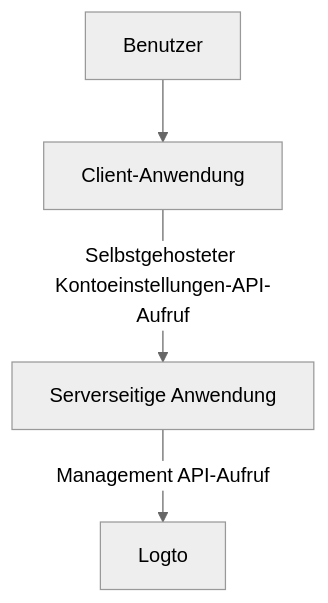
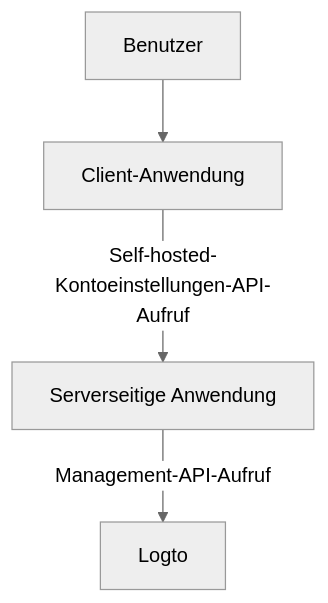
Before and after one commit to logto-io/docs: the first of 3 diagrams in i18n/de/docusaurus-plugin-content-docs/current/end-user-flows/account-settings/by-management-api.mdx, drawn with Mermaid (neutral theme). The commit also changed other lines of this file and 162 other files, not shown here.

````diff
--- a/i18n/de/docusaurus-plugin-content-docs/current/end-user-flows/account-settings/by-management-api.mdx
+++ b/i18n/de/docusaurus-plugin-content-docs/current/end-user-flows/account-settings/by-management-api.mdx
@@ -13,6 +13,7 @@
 ```mermaid
   graph TB
-    A[Benutzer] --> B[Client-Anwendung]
-    B -->|Selbstgehosteter Kontoeinstellungen-API-Aufruf|C[Serverseitige Anwendung]
-    C -->|Management API-Aufruf| D[Logto]
+    A[Benutzer]
+    --> B[Client-Anwendung]
+    B -->|Self-hosted-Kontoeinstellungen-API-Aufruf|C[Serverseitige Anwendung]
+    C -->|Management-API-Aufruf| D[Logto]
 ```
````
